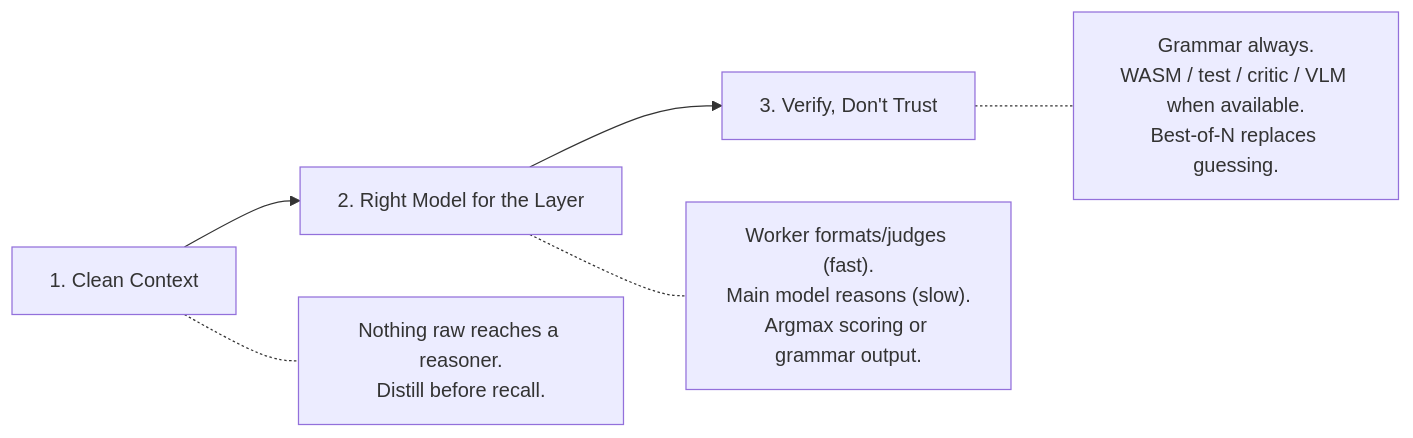
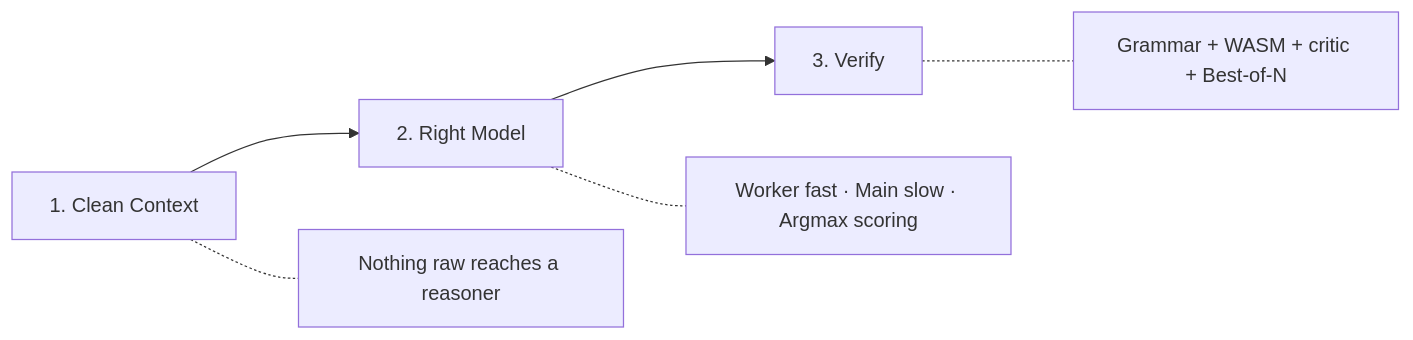
The second of 3 diagrams in README.md (jajmangold/sunshine), drawn with Mermaid before and after one commit. The commit also changed other lines of this file, not shown here.

````diff
--- a/README.md
+++ b/README.md
@@ -15,11 +51,7 @@
 ```mermaid
 flowchart LR
-  L1["1. Clean Context"]
-  L2["2. Right Model for the Layer"]
-  L3["3. Verify, Don't Trust"]
-  L1 --> L2 --> L3
-
-  L1 -.- L1D["Nothing raw reaches a reasoner.\nDistill before recall."]
-  L2 -.- L2D["Worker formats/judges (fast).\nMain model reasons (slow).\nArgmax scoring or grammar output."]
-  L3 -.- L3D["Grammar always.\nWASM / test / critic / VLM when available.\nBest-of-N replaces guessing."]
+  L1["1. Clean Context"] --> L2["2. Right Model"] --> L3["3. Verify"]
+  L1 -.- L1D["Nothing raw reaches a reasoner"]
+  L2 -.- L2D["Worker fast · Main slow · Argmax scoring"]
+  L3 -.- L3D["Grammar + WASM + critic + Best-of-N"]
 ```
````
